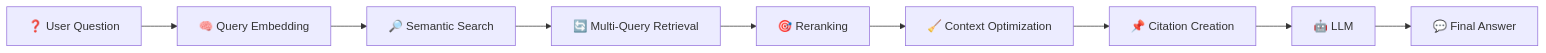
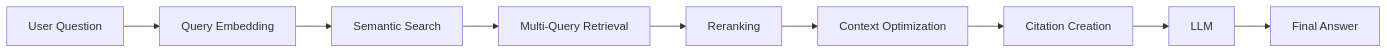
One commit to sufiandevs/Document-Analyzer changed the third of 7 diagrams in README.md. Above: the diagram before and after it, drawn with Mermaid. The commit also changed other lines of this file, not shown here.

````diff
--- a/README.md
+++ b/README.md
@@ -157,21 +157,21 @@
 ```mermaid
 flowchart LR
-    Q["❓ User Question"]
-    E["🧠 Query Embedding"]
-    S["🔎 Semantic Search"]
-    M["🔄 Multi-Query Retrieval"]
-    RR["🎯 Reranking"]
-    CO["🧹 Context Optimization"]
-    C["📌 Citation Creation"]
-    L["🤖 LLM"]
-    A["💬 Final Answer"]
+    Q[" User Question"]
+    E[" Query Embedding"]
+    S[" Semantic Search"]
+    M[" Multi-Query Retrieval"]
+    RR[" Reranking"]
+    CO[" Context Optimization"]
+    C[" Citation Creation"]
+    L[" LLM"]
+    A[" Final Answer"]
 
     Q --> E
     E --> S
     S --> M
     M --> RR
     RR --> CO
     CO --> C
     C --> L
     L --> A
 ```
````
